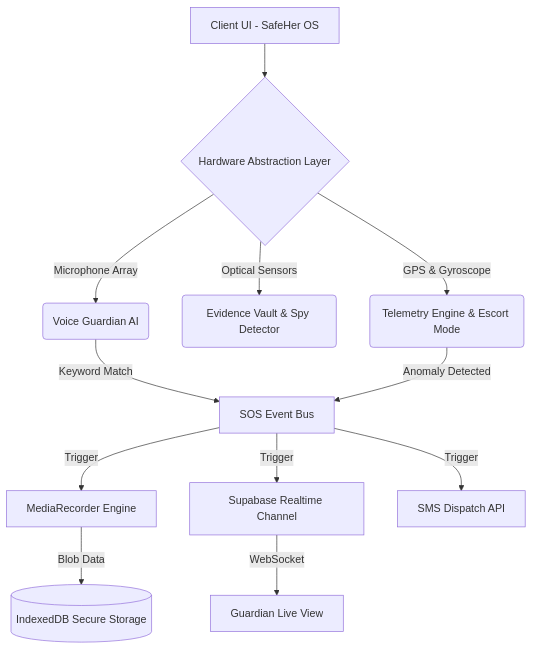
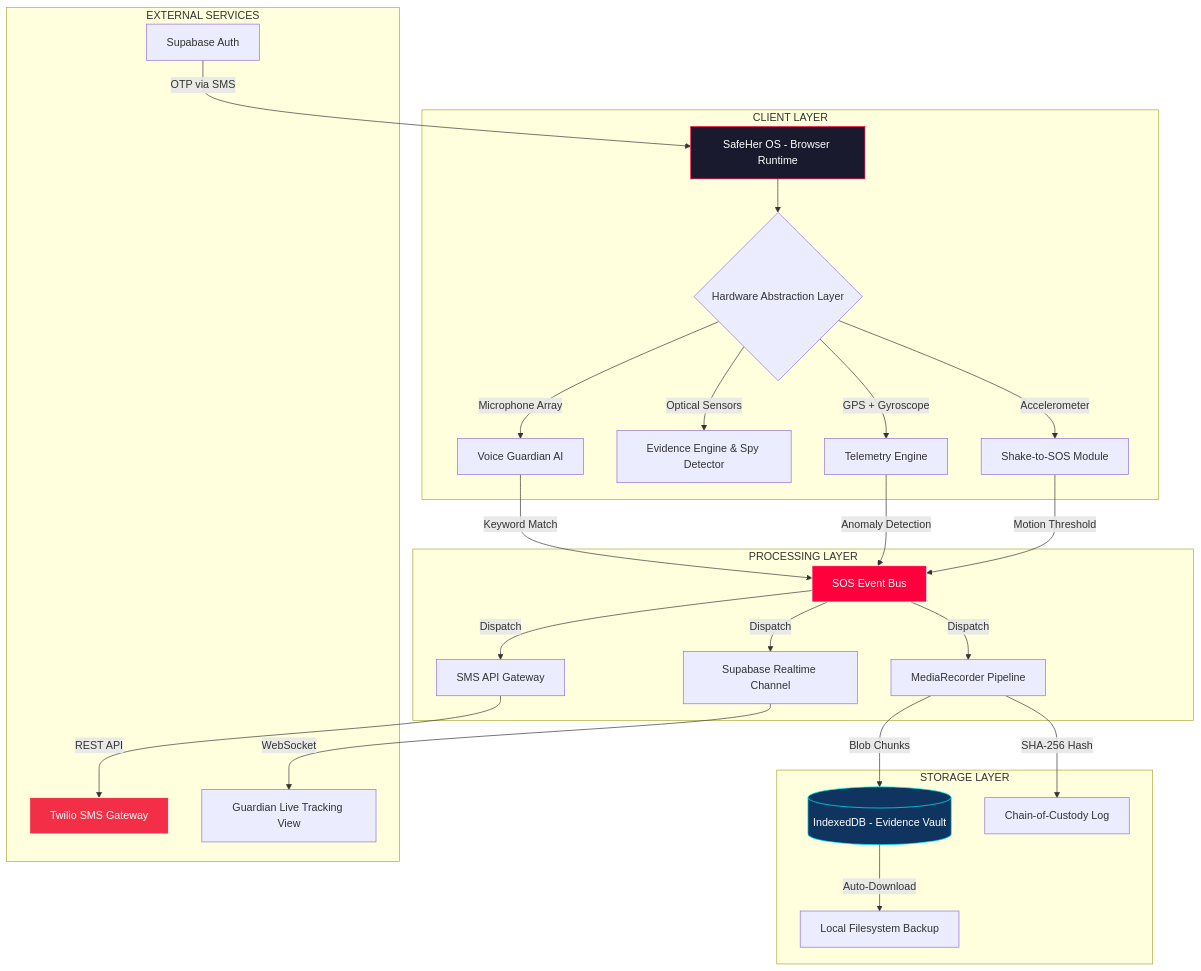
The first of 2 diagrams in README.md (devillikevd/Safeher), drawn with Mermaid before and after one commit. The commit also changed other lines of this file, not shown here.

Commit message:
docs: ULTRA-grade README with Mermaid diagrams, sequence flows, perf benchmarks & animated banners

````diff
--- a/README.md
+++ b/README.md
@@ -72,17 +218,36 @@
 ```mermaid
-graph TD
-    A[Client UI - SafeHer OS] --> B{Hardware Abstraction Layer}
-    B -->|Microphone Array| C(Voice Guardian AI)
-    B -->|Optical Sensors| D(Evidence Vault & Spy Detector)
-    B -->|GPS & Gyroscope| E(Telemetry Engine & Escort Mode)
-    
-    C -->|Keyword Match| F[SOS Event Bus]
-    E -->|Anomaly Detected| F
-    
-    F -->|Trigger| G[MediaRecorder Engine]
-    F -->|Trigger| H[Supabase Realtime Channel]
-    F -->|Trigger| I[SMS Dispatch API]
-    
-    G -->|Blob Data| J[(IndexedDB Secure Storage)]
-    H -->|WebSocket| K[Guardian Live View]
+graph TB
+    subgraph "CLIENT LAYER"
+        A[SafeHer OS - Browser Runtime] --> B{Hardware Abstraction Layer}
+        B -->|Microphone Array| C[Voice Guardian AI]
+        B -->|Optical Sensors| D[Evidence Engine & Spy Detector]
+        B -->|GPS + Gyroscope| E[Telemetry Engine]
+        B -->|Accelerometer| F[Shake-to-SOS Module]
+    end
+
+    subgraph "PROCESSING LAYER"
+        C -->|Keyword Match| G[SOS Event Bus]
+        E -->|Anomaly Detection| G
+        F -->|Motion Threshold| G
+        G -->|Dispatch| H[MediaRecorder Pipeline]
+        G -->|Dispatch| I[SMS API Gateway]
+        G -->|Dispatch| J[Supabase Realtime Channel]
+    end
+
+    subgraph "STORAGE LAYER"
+        H -->|Blob Chunks| K[(IndexedDB - Evidence Vault)]
+        K -->|Auto-Download| L[Local Filesystem Backup]
+        H -->|SHA-256 Hash| M[Chain-of-Custody Log]
+    end
+
+    subgraph "EXTERNAL SERVICES"
+        I -->|REST API| N[Twilio SMS Gateway]
+        J -->|WebSocket| O[Guardian Live Tracking View]
+        P[Supabase Auth] -->|OTP via SMS| A
+    end
+
+    style A fill:#1a1a2e,stroke:#FF003C,color:#fff
+    style G fill:#FF003C,stroke:#fff,color:#fff
+    style K fill:#0f3460,stroke:#00F5FF,color:#fff
+    style N fill:#F22F46,stroke:#fff,color:#fff
 ```
````
